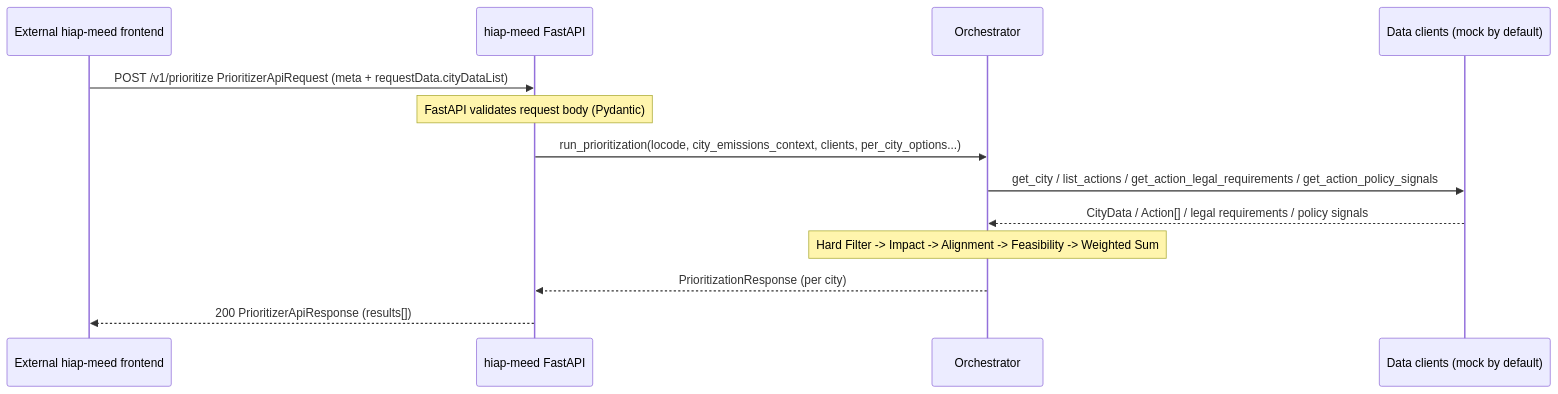
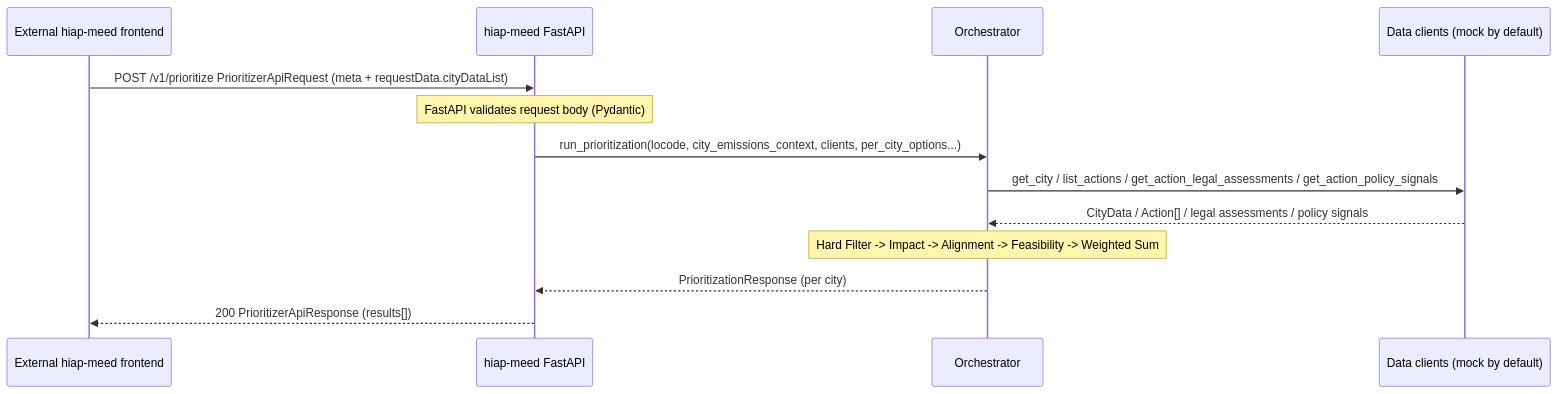
One commit to Open-Earth-Foundation/CityCatalyst changed the second of 2 diagrams in hiap-meed/docs/service-architecture.md. Above: the diagram before and after it, drawn with Mermaid. The commit also changed other lines of this file and 13 other files, not shown here.

````diff
--- a/hiap-meed/docs/service-architecture.md
+++ b/hiap-meed/docs/service-architecture.md
@@ -98,16 +98,16 @@
 ```mermaid
 sequenceDiagram
     participant FE as External hiap-meed frontend
     participant API as hiap-meed FastAPI
     participant Orch as Orchestrator
     participant Clients as Data clients (mock by default)
 
     FE->>API: POST /v1/prioritize PrioritizerApiRequest (meta + requestData.cityDataList)
     Note over API: FastAPI validates request body (Pydantic)
     API->>Orch: run_prioritization(locode, city_emissions_context, clients, per_city_options...)
-    Orch->>Clients: get_city / list_actions / get_action_legal_requirements / get_action_policy_signals
-    Clients-->>Orch: CityData / Action[] / legal requirements / policy signals
+    Orch->>Clients: get_city / list_actions / get_action_legal_assessments / get_action_policy_signals
+    Clients-->>Orch: CityData / Action[] / legal assessments / policy signals
     Note over Orch: Hard Filter -> Impact -> Alignment -> Feasibility -> Weighted Sum
     Orch-->>API: PrioritizationResponse (per city)
     API-->>FE: 200 PrioritizerApiResponse (results[])
 ```
````
